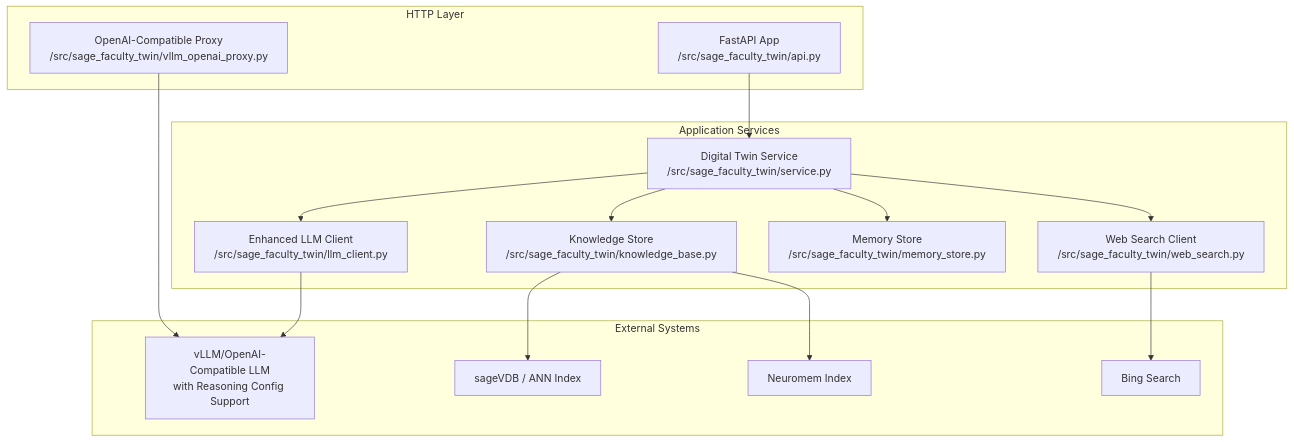
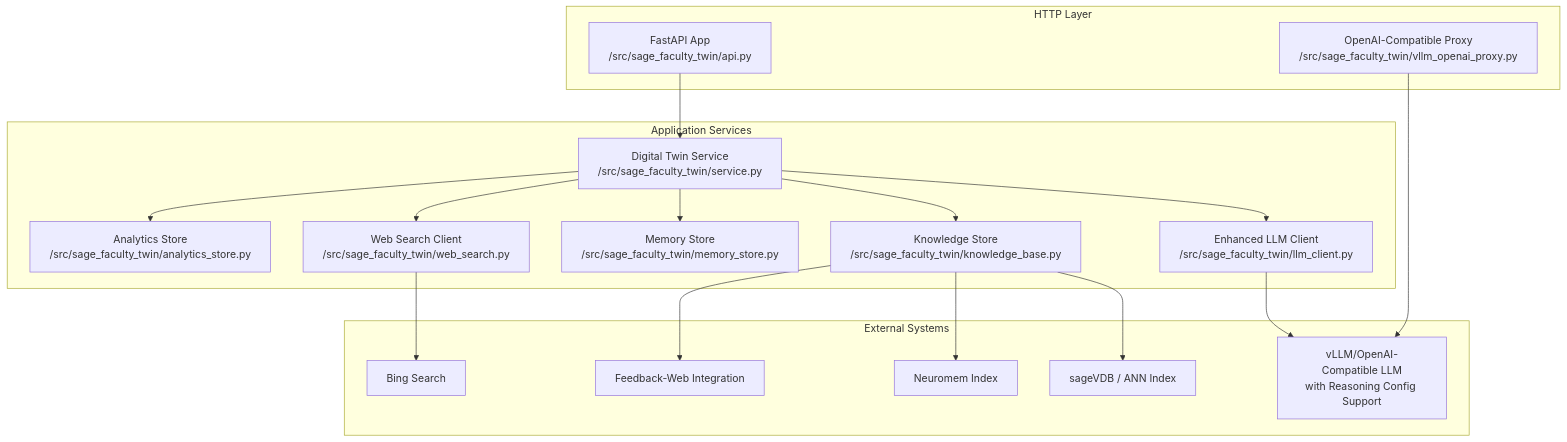
The first of 11 diagrams in .qoder/repowiki/en/content/Integration and Extensions/Integration and Extensions.md (intellistream/sage-mate), drawn with Mermaid before and after one commit. The commit also changed other lines of this file and 60 other files, not shown here.

````diff
--- a/.qoder/repowiki/en/content/Integration and Extensions/Integration and Extensions.md
+++ b/.qoder/repowiki/en/content/Integration and Extensions/Integration and Extensions.md
@@ -48,30 +50,34 @@
 ```mermaid
 graph TB
 subgraph "HTTP Layer"
 API["FastAPI App<br/>/src/sage_faculty_twin/api.py"]
 Proxy["OpenAI-Compatible Proxy<br/>/src/sage_faculty_twin/vllm_openai_proxy.py"]
 end
 subgraph "Application Services"
 Service["Digital Twin Service<br/>/src/sage_faculty_twin/service.py"]
 LLM["Enhanced LLM Client<br/>/src/sage_faculty_twin/llm_client.py"]
 KB["Knowledge Store<br/>/src/sage_faculty_twin/knowledge_base.py"]
 Mem["Memory Store<br/>/src/sage_faculty_twin/memory_store.py"]
 WS["Web Search Client<br/>/src/sage_faculty_twin/web_search.py"]
+Analytics["Analytics Store<br/>/src/sage_faculty_twin/analytics_store.py"]
 end
 subgraph "External Systems"
 Upstream["vLLM/OpenAI-Compatible LLM<br/>with Reasoning Config Support"]
 VDB["sageVDB / ANN Index"]
 NM["Neuromem Index"]
 Bing["Bing Search"]
+FeedbackWeb["Feedback-Web Integration"]
 end
 API --> Service
 Service --> LLM
 Service --> KB
 Service --> Mem
 Service --> WS
+Service --> Analytics
 LLM --> Upstream
 KB --> VDB
 KB --> NM
 WS --> Bing
+KB --> FeedbackWeb
 Proxy --> Upstream
 ```
````
